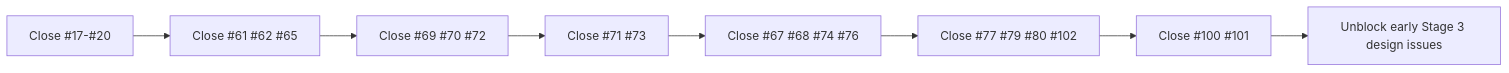
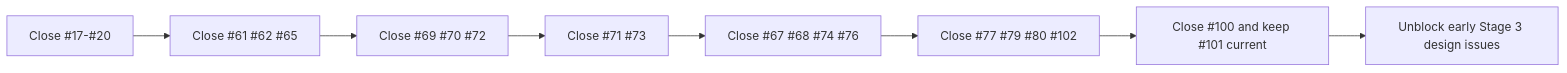
The sixth of 6 diagrams in docs/project-visual-map.md (pr-cli/pr-maven-cli), drawn with Mermaid before and after one commit. The commit also changed other lines of this file and 9 other files, not shown here.

````diff
--- a/docs/project-visual-map.md
+++ b/docs/project-visual-map.md
@@ -167,10 +167,10 @@
 ```mermaid
 flowchart LR
     A["Close #17-#20"] --> B["Close #61 #62 #65"]
     B --> C["Close #69 #70 #72"]
     C --> D["Close #71 #73"]
     D --> E["Close #67 #68 #74 #76"]
     E --> F["Close #77 #79 #80 #102"]
-    F --> G["Close #100 #101"]
+    F --> G["Close #100 and keep #101 current"]
     G --> H["Unblock early Stage 3 design issues"]
 ```
````
